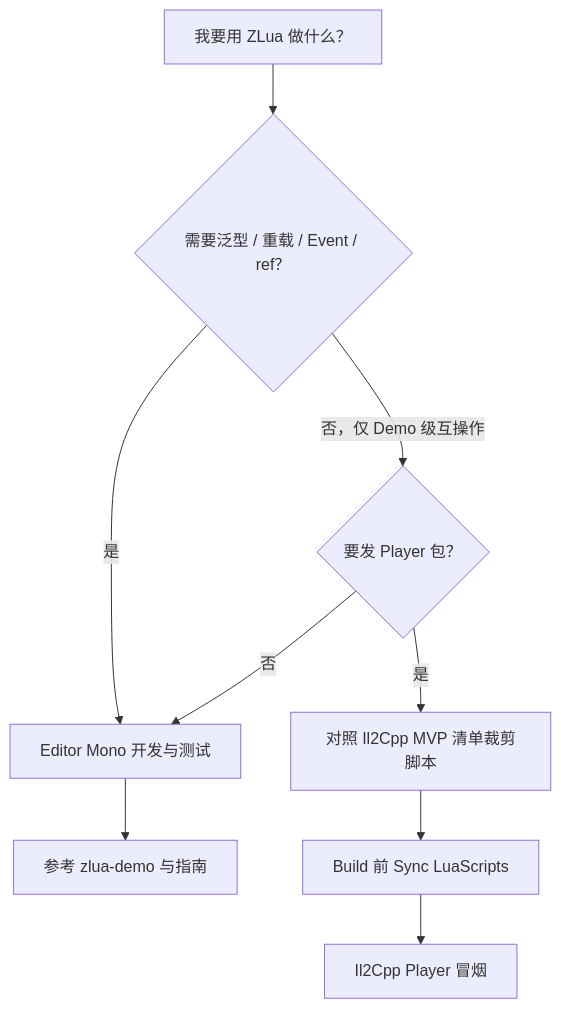
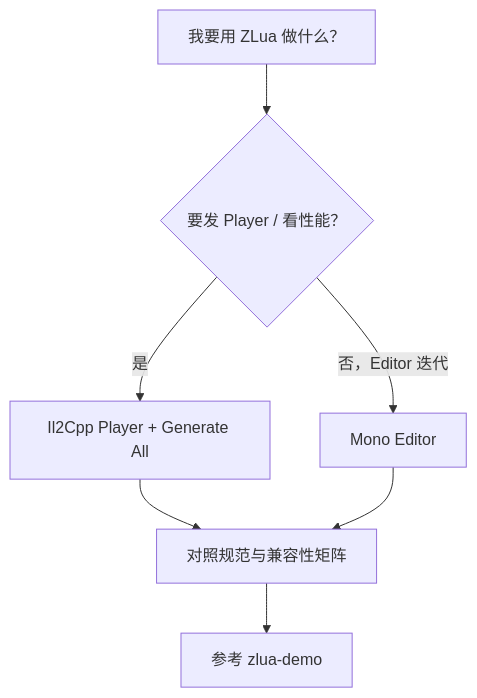
Before and after one commit to focus-creative-games/zlua-doc: the diagram in docs/getting-started/project-status.md, drawn with Mermaid. The commit also changed other lines of this file and 116 other files, not shown here.

````diff
--- a/docs/getting-started/project-status.md
+++ b/docs/getting-started/project-status.md
@@ -28,11 +29,9 @@
 ```mermaid
 flowchart TD
-    A[我要用 ZLua 做什么？] --> B{需要泛型 / 重载 / Event / ref？}
-    B -->|是| C[Editor Mono 开发与测试]
-    B -->|否，仅 Demo 级互操作| D{要发 Player 包？}
-    D -->|是| E[对照 Il2Cpp MVP 清单裁剪脚本]
-    D -->|否| C
-    C --> F[参考 zlua-demo 与指南]
-    E --> G[Build 前 Sync LuaScripts]
-    G --> H[Il2Cpp Player 冒烟]
+    A[我要用 ZLua 做什么？] --> B{要发 Player / 看性能？}
+    B -->|是| C[Il2Cpp Player + Generate All]
+    B -->|否，Editor 迭代| D[Mono Editor]
+    C --> E[对照规范与兼容性矩阵]
+    D --> E
+    E --> G[参考 zlua-demo]
 ```
````
